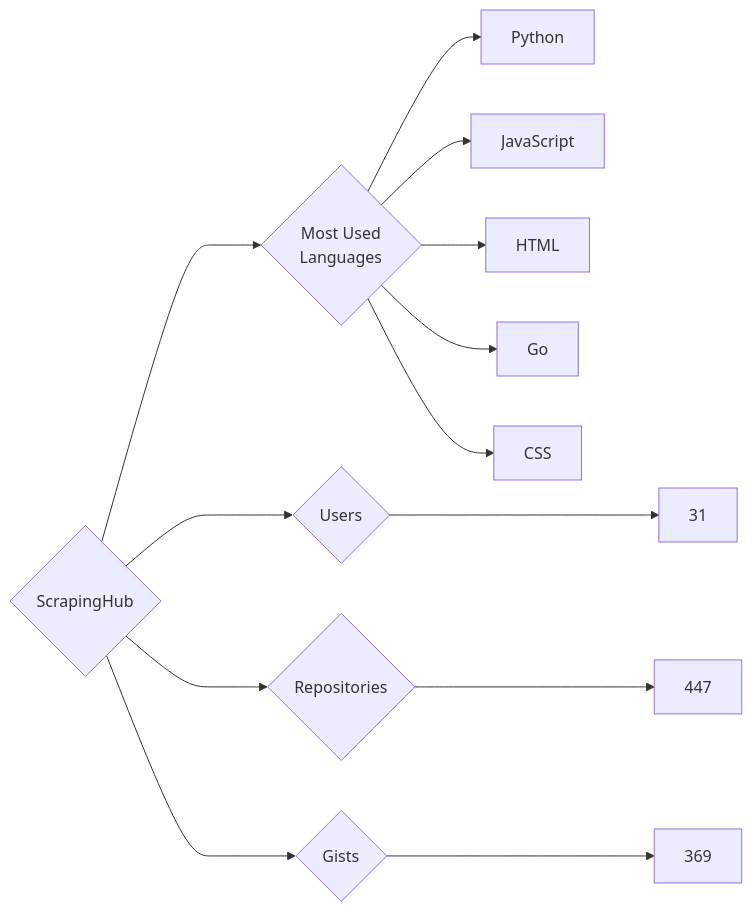
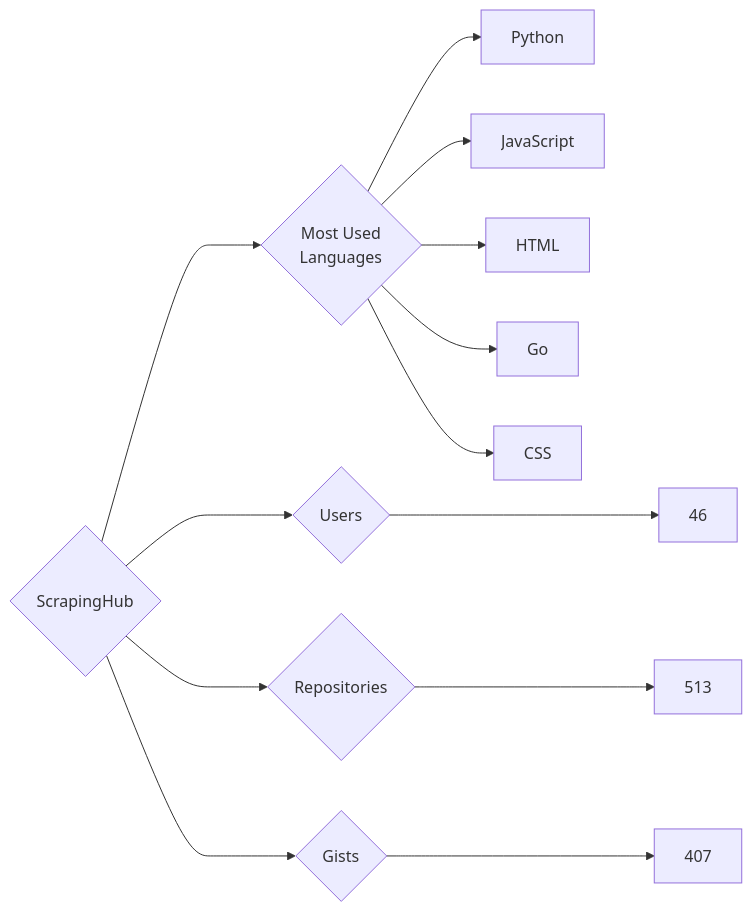
The diagram in targets/ScrapingHub/README.md (trickest/insiders), drawn with Mermaid before and after one commit. The commit also changed 976 other files, not shown here.

````diff
--- a/targets/ScrapingHub/README.md
+++ b/targets/ScrapingHub/README.md
@@ -3,13 +3,13 @@
 ```mermaid
 graph LR
 COMPANY_NAME{ScrapingHub}
-COMPANY_NAME ---> U{Users} ---> UN[31]
-COMPANY_NAME ---> R{Repositories} ---> RN[447]
-COMPANY_NAME ---> G{Gists} ---> GN[369]
+COMPANY_NAME ---> U{Users} ---> UN[46]
+COMPANY_NAME ---> R{Repositories} ---> RN[513]
+COMPANY_NAME ---> G{Gists} ---> GN[407]
 COMPANY_NAME ---> ML{Most Used<br>Languages}
 ML --> Python[Python]
 ML --> JavaScript[JavaScript]
 ML --> HTML[HTML]
 ML --> Go[Go]
 ML --> CSS[CSS]
 ```
````
